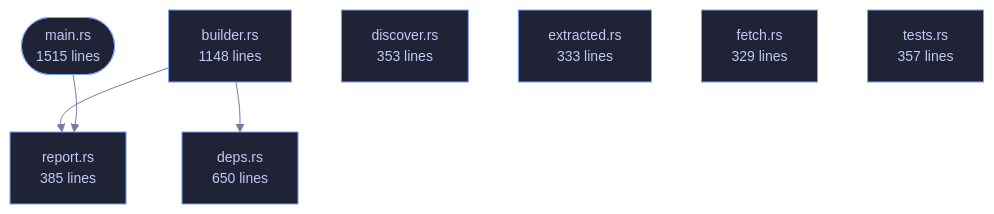
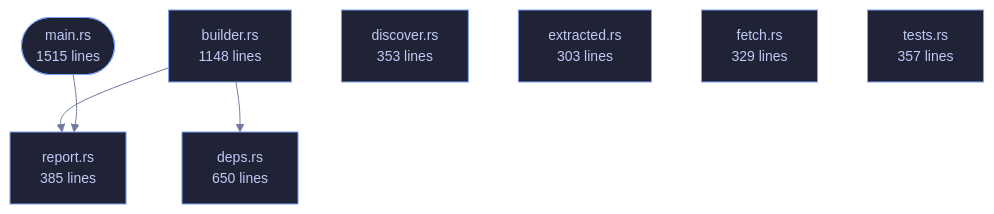
Before and after one commit to tilas01/veilvoice: the diagram in crates/veilvoice-verify/README.md, drawn with Mermaid. The commit also changed other lines of this file and 40 other files, not shown here.

````diff
--- a/crates/veilvoice-verify/README.md
+++ b/crates/veilvoice-verify/README.md
@@ -93,23 +93,23 @@
 ```mermaid
 %%{init: {"theme":"base","themeVariables":{"background":"#1a1b26","primaryColor":"#1f2335","primaryTextColor":"#c0caf5","primaryBorderColor":"#7aa2f7","secondaryColor":"#16161e","tertiaryColor":"#16161e","lineColor":"#737aa2","textColor":"#c0caf5","mainBkg":"#1f2335","nodeBorder":"#7aa2f7","clusterBkg":"#16161e","clusterBorder":"#2f3549","fontFamily":"ui-monospace, SFMono-Regular, Consolas, monospace","fontSize":"14px"}}}%%
 flowchart TD
     n_main(["main.rs<br/>1515 lines"])
     n_builder["builder.rs<br/>1148 lines"]
     n_deps["deps.rs<br/>650 lines"]
     n_discover["discover.rs<br/>353 lines"]
-    n_extracted["extracted.rs<br/>333 lines"]
+    n_extracted["extracted.rs<br/>303 lines"]
     n_fetch["fetch.rs<br/>329 lines"]
     n_report["report.rs<br/>385 lines"]
     n_tests["tests.rs<br/>357 lines"]
     n_builder --> n_deps
     n_builder --> n_report
     n_main --> n_report
     click n_main href "https://github.com/tilas01/veilvoice/blob/main/crates/veilvoice-verify/src/main.rs" "open the source"
     click n_builder href "https://github.com/tilas01/veilvoice/blob/main/crates/veilvoice-verify/src/builder.rs" "open the source"
     click n_deps href "https://github.com/tilas01/veilvoice/blob/main/crates/veilvoice-verify/src/deps.rs" "open the source"
     click n_discover href "https://github.com/tilas01/veilvoice/blob/main/crates/veilvoice-verify/src/discover.rs" "open the source"
     click n_extracted href "https://github.com/tilas01/veilvoice/blob/main/crates/veilvoice-verify/src/extracted.rs" "open the source"
     click n_fetch href "https://github.com/tilas01/veilvoice/blob/main/crates/veilvoice-verify/src/fetch.rs" "open the source"
     click n_report href "https://github.com/tilas01/veilvoice/blob/main/crates/veilvoice-verify/src/report.rs" "open the source"
     click n_tests href "https://github.com/tilas01/veilvoice/blob/main/crates/veilvoice-verify/src/tests.rs" "open the source"
 ```
````
